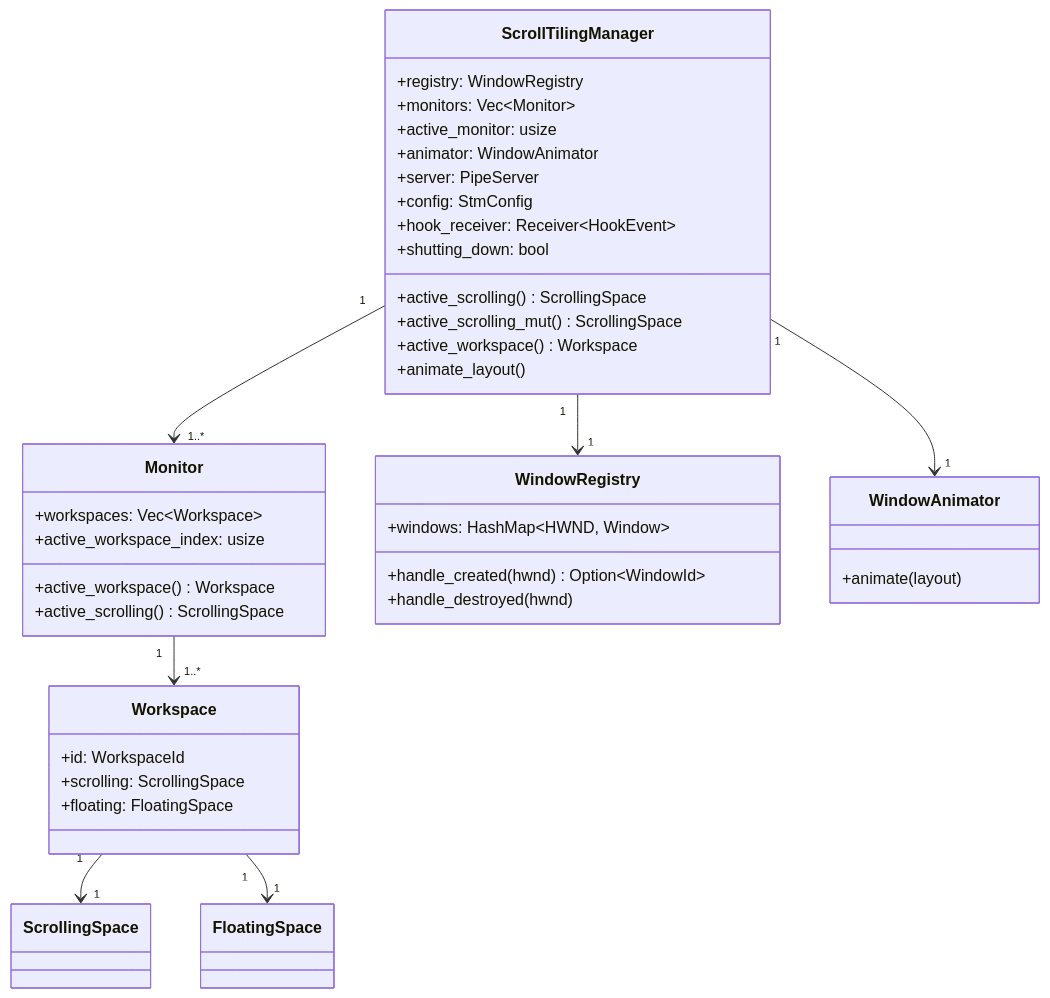
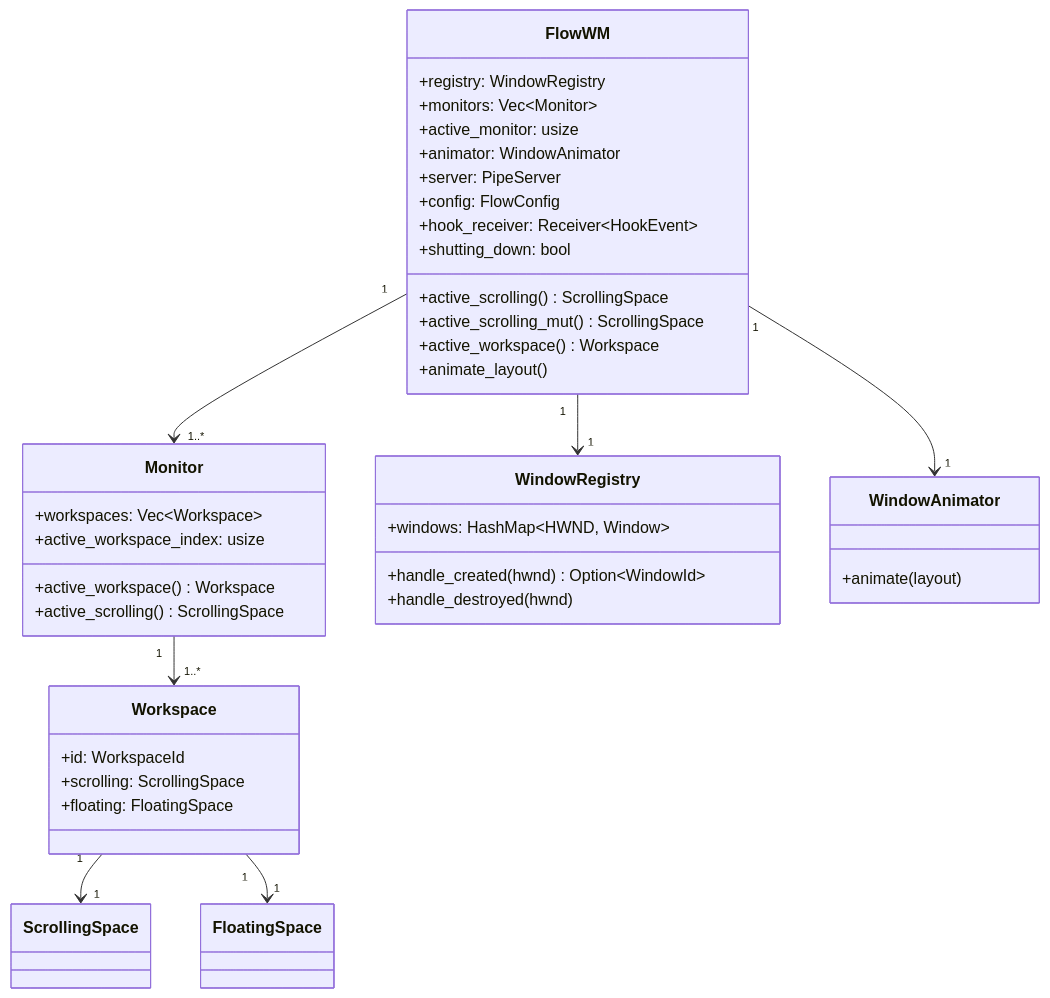
The second of 3 diagrams in docs/src/dev-guide/architecture.md (CCpcalvin/flow-wm), drawn with Mermaid before and after one commit. The commit also changed other lines of this file and 108 other files, not shown here.

Commit message:
refactor: rename project from scrolling-tiling-manager to flow-wm

````diff
--- a/docs/src/dev-guide/architecture.md
+++ b/docs/src/dev-guide/architecture.md
@@ -116,47 +116,47 @@
 ```mermaid
 classDiagram
-    class ScrollTilingManager {
+    class FlowWM {
         +registry: WindowRegistry
         +monitors: Vec~Monitor~
         +active_monitor: usize
         +animator: WindowAnimator
         +server: PipeServer
-        +config: StmConfig
+        +config: FlowConfig
         +hook_receiver: Receiver~HookEvent~
         +shutting_down: bool
         +active_scrolling() ScrollingSpace
         +active_scrolling_mut() ScrollingSpace
         +active_workspace() Workspace
         +animate_layout()
     }
 
     class Monitor {
         +workspaces: Vec~Workspace~
         +active_workspace_index: usize
         +active_workspace() Workspace
         +active_scrolling() ScrollingSpace
     }
 
     class Workspace {
         +id: WorkspaceId
         +scrolling: ScrollingSpace
         +floating: FloatingSpace
     }
 
     class WindowRegistry {
         +windows: HashMap~HWND, Window~
         +handle_created(hwnd) Option~WindowId~
         +handle_destroyed(hwnd)
     }
 
     class WindowAnimator {
         +animate(layout)
     }
 
-    ScrollTilingManager "1" --> "1..*" Monitor
+    FlowWM "1" --> "1..*" Monitor
     Monitor "1" --> "1..*" Workspace
     Workspace "1" --> "1" ScrollingSpace
     Workspace "1" --> "1" FloatingSpace
-    ScrollTilingManager "1" --> "1" WindowRegistry
-    ScrollTilingManager "1" --> "1" WindowAnimator
+    FlowWM "1" --> "1" WindowRegistry
+    FlowWM "1" --> "1" WindowAnimator
 ```
````
